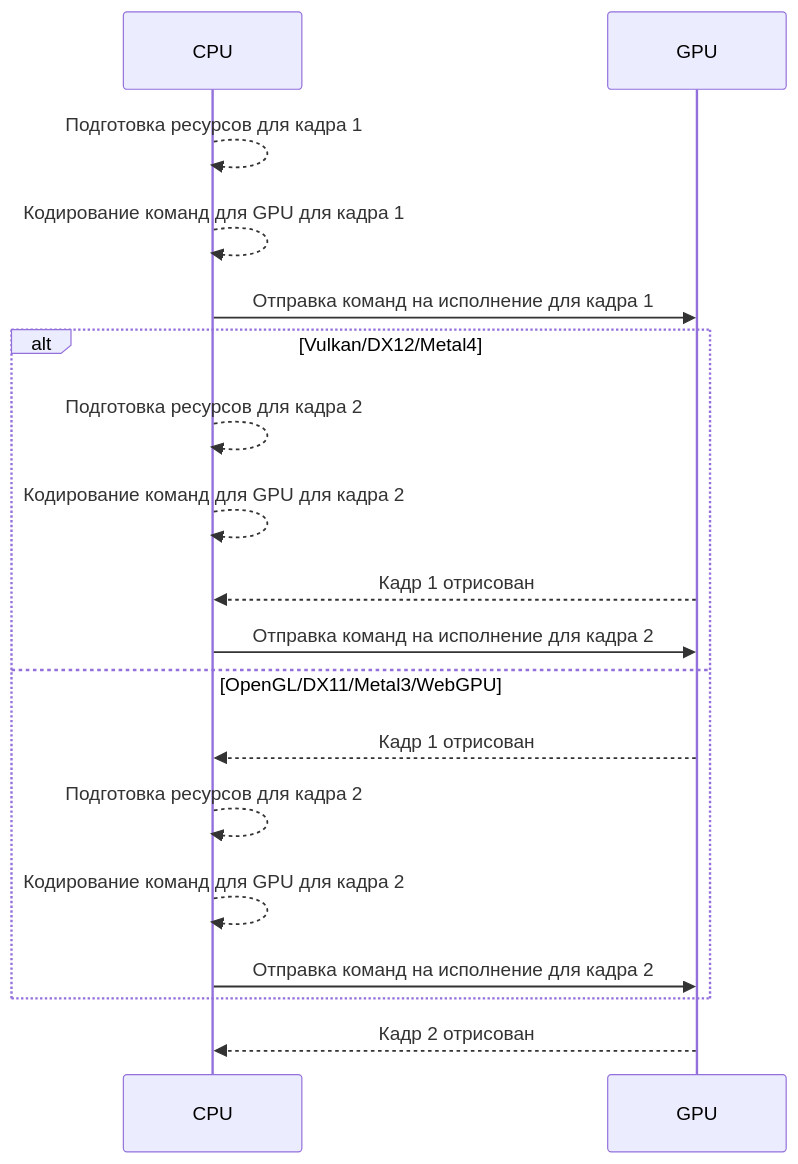
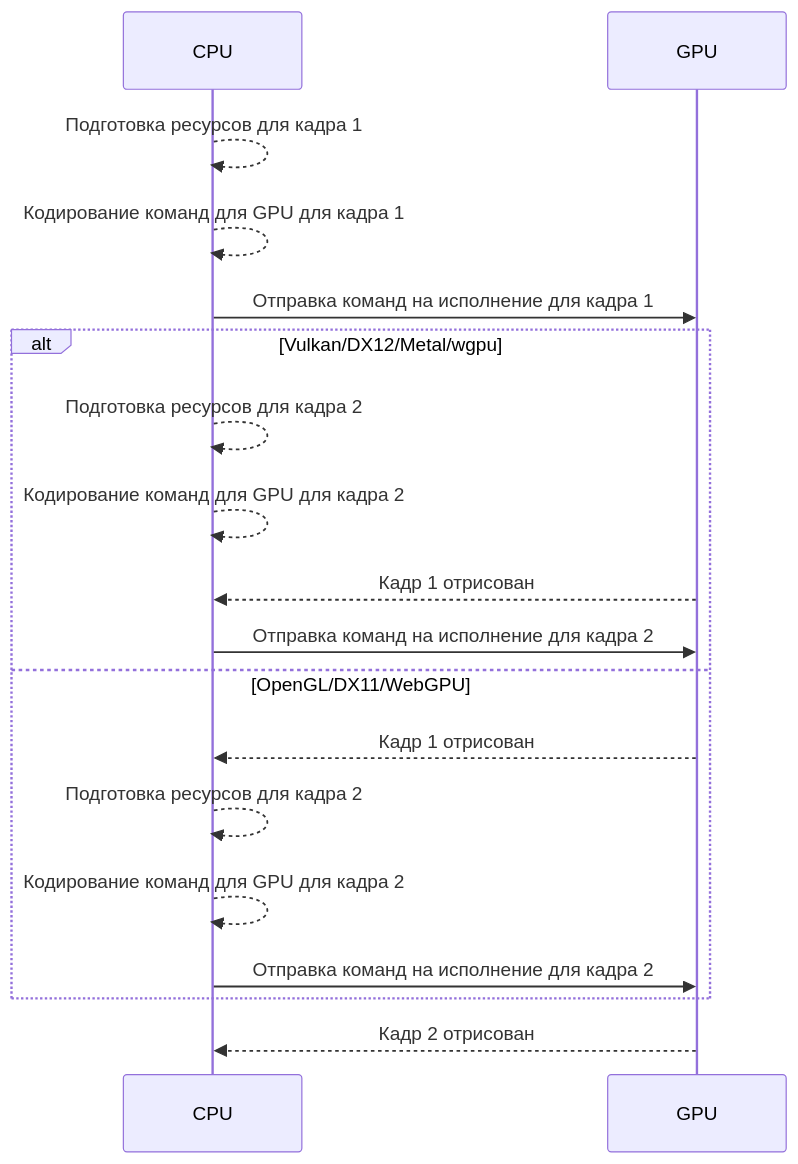
One commit to Bromles/wgpu-tutorial changed the first of 2 diagrams in docs/guide/getting-started/init-wgpu/index.md. Above: the diagram before and after it, drawn with Mermaid. The commit also changed other lines of this file, not shown here.

Commit message:
Update init wgpu page

````diff
--- a/docs/guide/getting-started/init-wgpu/index.md
+++ b/docs/guide/getting-started/init-wgpu/index.md
@@ -51,26 +51,26 @@
 ```mermaid
 sequenceDiagram
     participant CPU
     participant GPU
     
     CPU-->>CPU: Подготовка ресурсов для кадра 1
     CPU-->>CPU: Кодирование команд для GPU для кадра 1
     CPU->>GPU: Отправка команд на исполнение для кадра 1
     
-    alt Vulkan/DX12/Metal4
+    alt Vulkan/DX12/Metal/wgpu
         CPU-->>CPU: Подготовка ресурсов для кадра 2
         CPU-->>CPU: Кодирование команд для GPU для кадра 2
          
         GPU-->>CPU: Кадр 1 отрисован
         
         CPU->>GPU: Отправка команд на исполнение для кадра 2
-    else OpenGL/DX11/Metal3/WebGPU
+    else OpenGL/DX11/WebGPU
         GPU-->>CPU: Кадр 1 отрисован
         
         CPU-->>CPU: Подготовка ресурсов для кадра 2
         CPU-->>CPU: Кодирование команд для GPU для кадра 2
         CPU->>GPU: Отправка команд на исполнение для кадра 2
     end
     
     GPU-->>CPU: Кадр 2 отрисован
 ```
````
